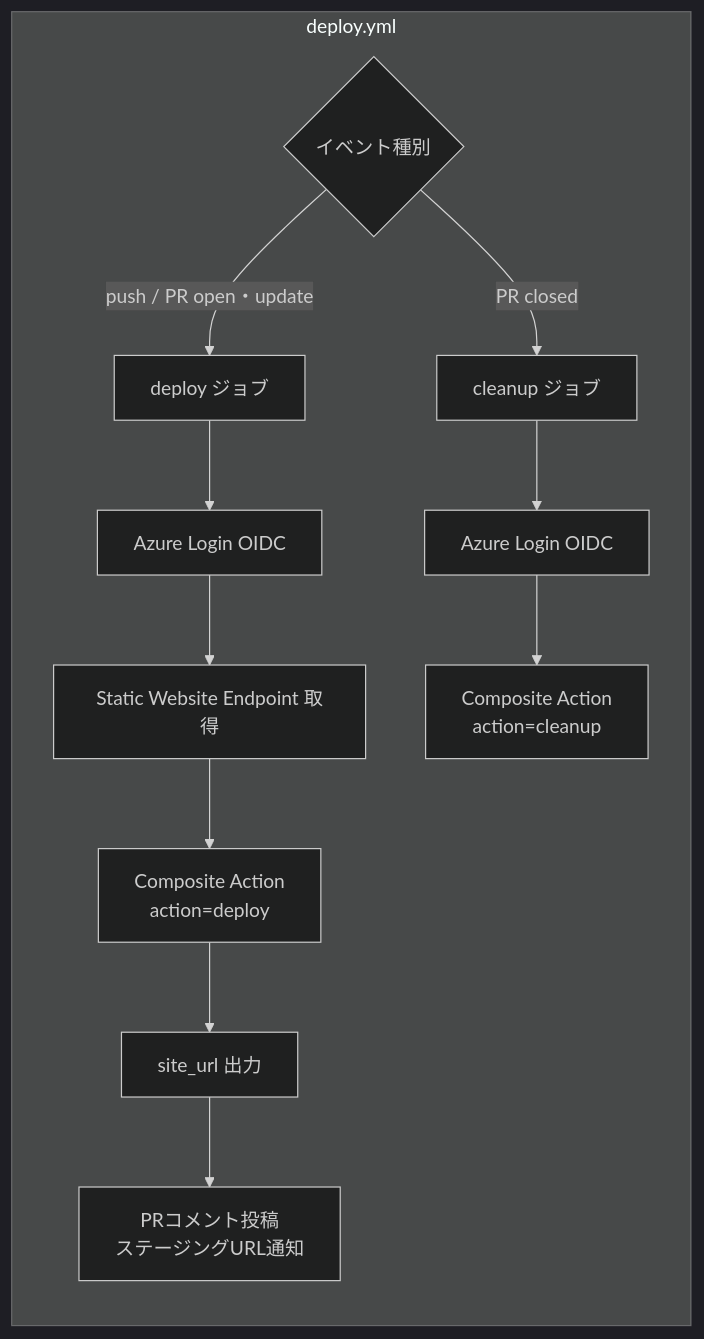
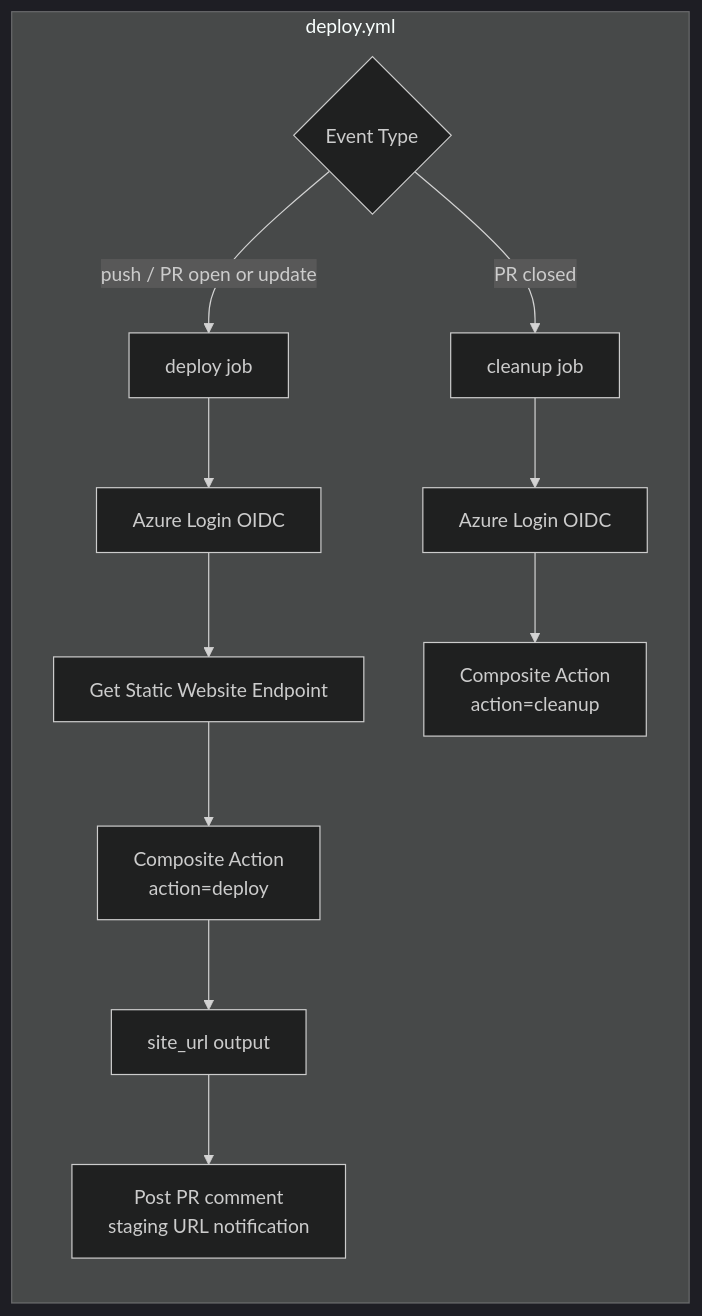
The first of 3 diagrams in docs/e2e.md (nuitsjp/azure-blob-storage-site-deploy-dev), drawn with Mermaid (dark theme) before and after one commit. The commit also changed other lines of this file and 13 other files, not shown here.

````diff
--- a/docs/e2e.md
+++ b/docs/e2e.md
@@ -98,16 +100,16 @@
 ```mermaid
 flowchart TD
     subgraph deploy.yml
         direction TB
-        E{イベント種別}
-        E -->|push / PR open・update| DJ[deploy ジョブ]
-        E -->|PR closed| CJ[cleanup ジョブ]
+        E{Event Type}
+        E -->|push / PR open or update| DJ[deploy job]
+        E -->|PR closed| CJ[cleanup job]
         DJ --> AZ1[Azure Login OIDC]
-        AZ1 --> EP[Static Website Endpoint 取得]
+        AZ1 --> EP[Get Static Website Endpoint]
         EP --> DA[Composite Action<br/>action=deploy]
-        DA --> URL[site_url 出力]
-        URL --> CMT[PRコメント投稿<br/>ステージングURL通知]
+        DA --> URL[site_url output]
+        URL --> CMT[Post PR comment<br/>staging URL notification]
         CJ --> AZ2[Azure Login OIDC]
         AZ2 --> CA[Composite Action<br/>action=cleanup]
     end
 ```
````
